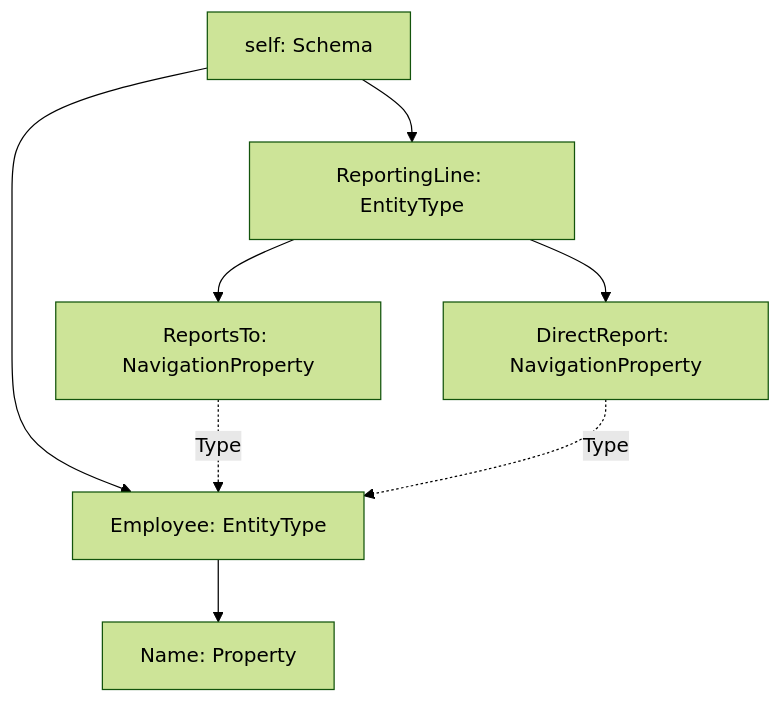
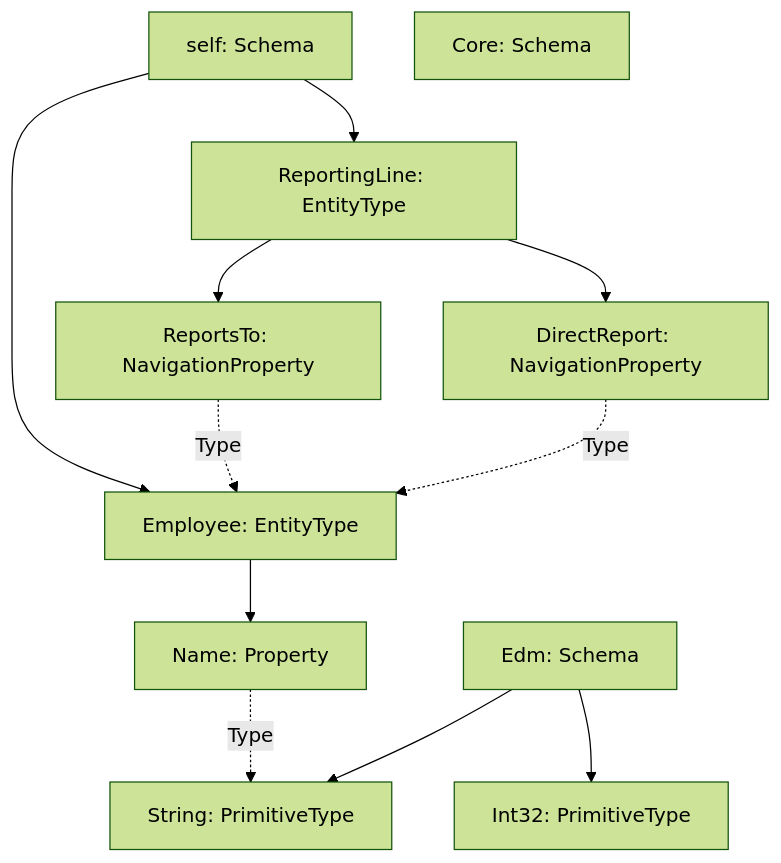
One commit to xtofs/csdl-graph changed the diagram in csdl-graph/example.md. Above: the diagram before and after it, drawn with Mermaid (forest theme). The commit also changed 11 other files, not shown here.

Commit message:
pmultiple schemata + primitive types

````diff
--- a/csdl-graph/example.md
+++ b/csdl-graph/example.md
@@ -1,16 +1,23 @@
 ```mermaid
 graph
 n0[self: Schema]
 n1[Employee: EntityType]
 n2[Name: Property]
 n3[ReportingLine: EntityType]
 n4[ReportsTo: NavigationProperty]
 n5[DirectReport: NavigationProperty]
+n6[Edm: Schema]
+n7[String: PrimitiveType]
+n8[Int32: PrimitiveType]
+n9[Core: Schema]
 n0-->n1
 n1-->n2
 n0-->n3
 n3-->n4
 n3-->n5
+n6-->n7
+n6-->n8
+n2-. Type .-> n7
 n4-. Type .-> n1
 n5-. Type .-> n1
 ```
````
